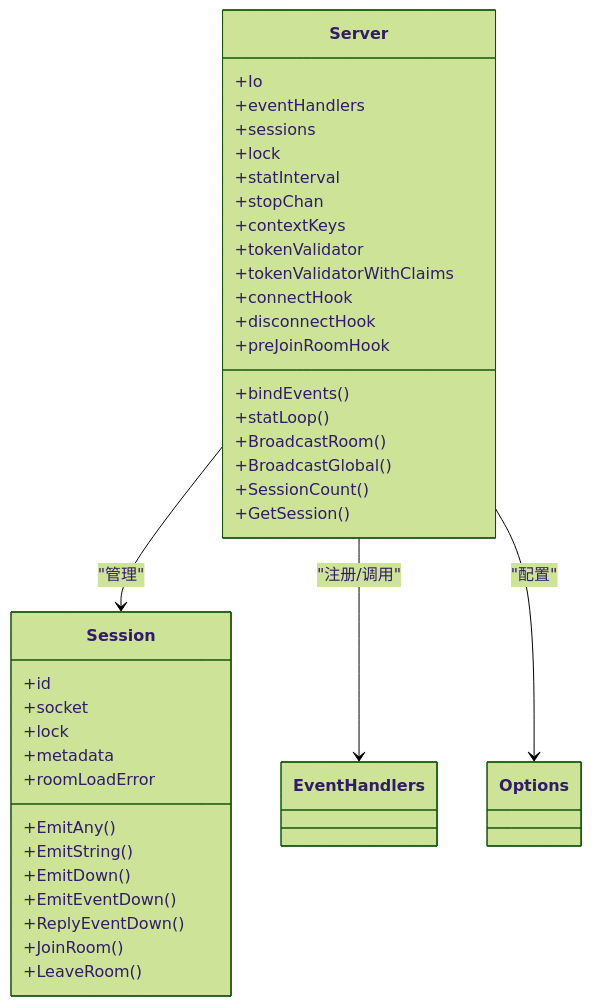
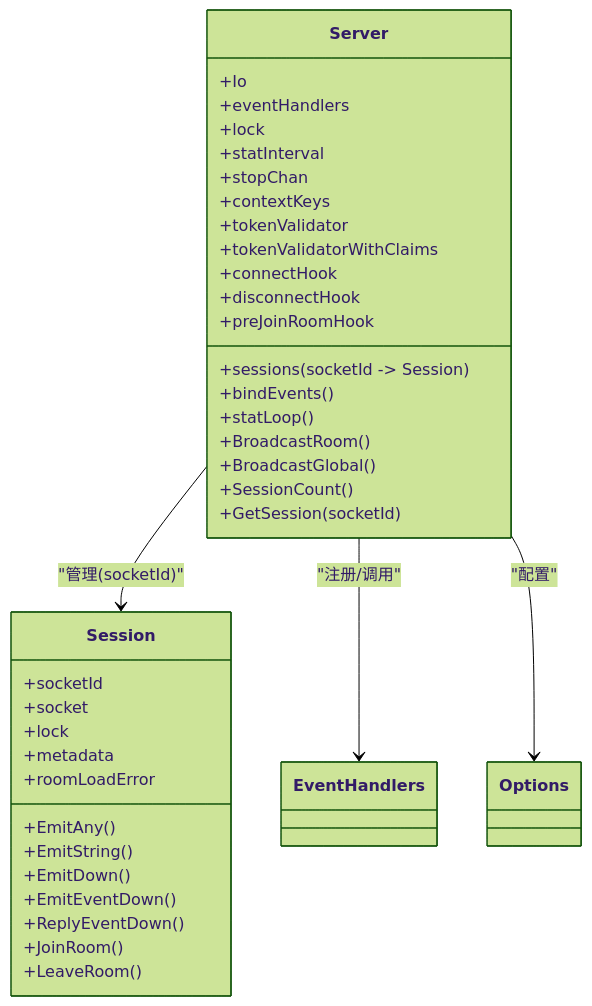
Before and after one commit to maomao94/zero-service: the third of 7 diagrams in .qoder/repowiki/zh/content/系统架构设计/服务通信机制/SocketIO实时通信/SocketIO服务器架构.md, drawn with Mermaid (forest theme). The commit also changed other lines of this file and 15 other files, not shown here.

````diff
--- a/.qoder/repowiki/zh/content/系统架构设计/服务通信机制/SocketIO实时通信/SocketIO服务器架构.md
+++ b/.qoder/repowiki/zh/content/系统架构设计/服务通信机制/SocketIO实时通信/SocketIO服务器架构.md
@@ -132,44 +145,44 @@
 ```mermaid
 classDiagram
 class Server {
 +Io
 +eventHandlers
-+sessions
++sessions(socketId -> Session)
 +lock
 +statInterval
 +stopChan
 +contextKeys
 +tokenValidator
 +tokenValidatorWithClaims
 +connectHook
 +disconnectHook
 +preJoinRoomHook
 +bindEvents()
 +statLoop()
 +BroadcastRoom()
 +BroadcastGlobal()
 +SessionCount()
-+GetSession()
++GetSession(socketId)
 }
 class Session {
-+id
++socketId
 +socket
 +lock
 +metadata
 +roomLoadError
 +EmitAny()
 +EmitString()
 +EmitDown()
 +EmitEventDown()
 +ReplyEventDown()
 +JoinRoom()
 +LeaveRoom()
 }
 class EventHandlers {
 }
 class Options {
 }
-Server --> Session : "管理"
+Server --> Session : "管理(socketId)"
 Server --> EventHandlers : "注册/调用"
 Server --> Options : "配置"
 ```
````
